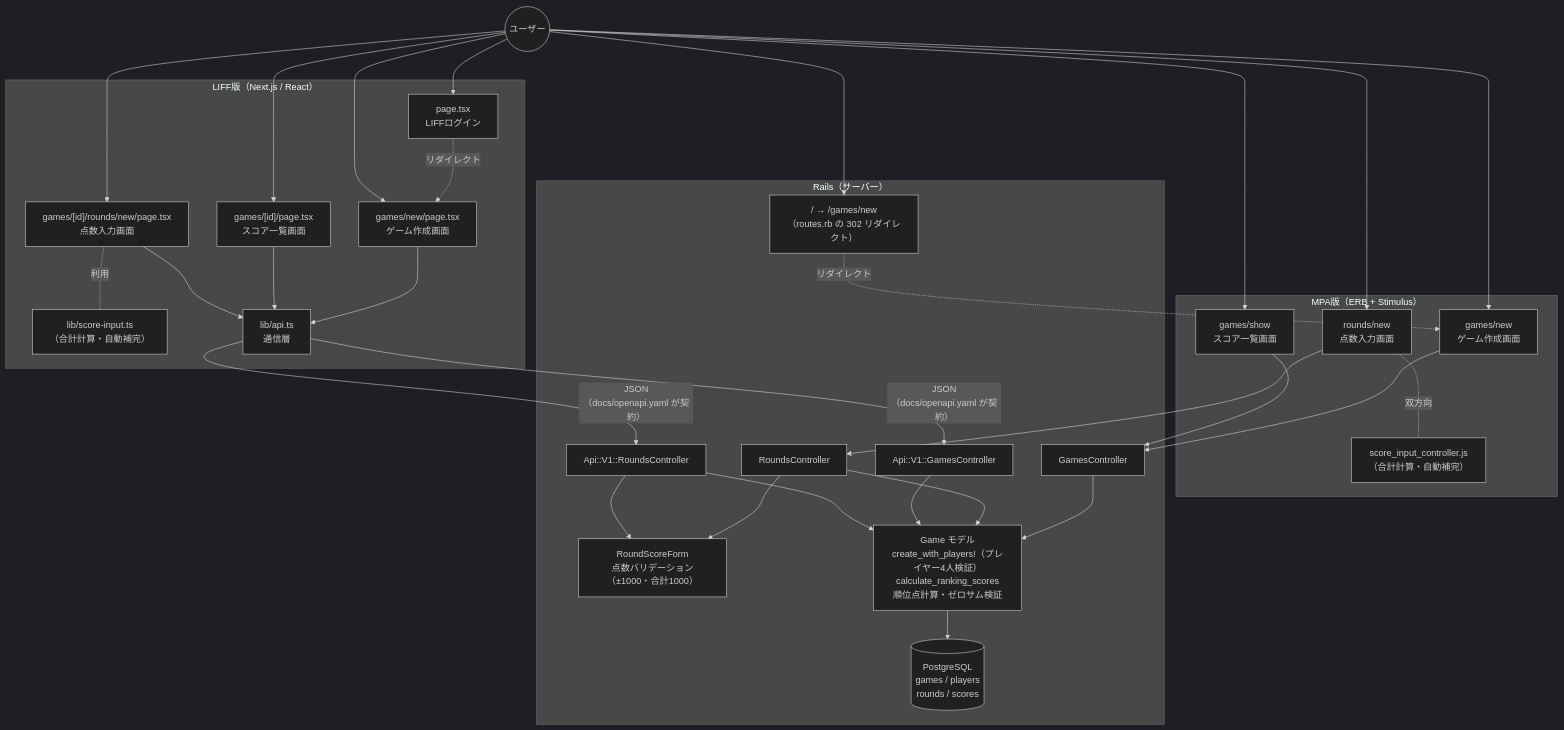
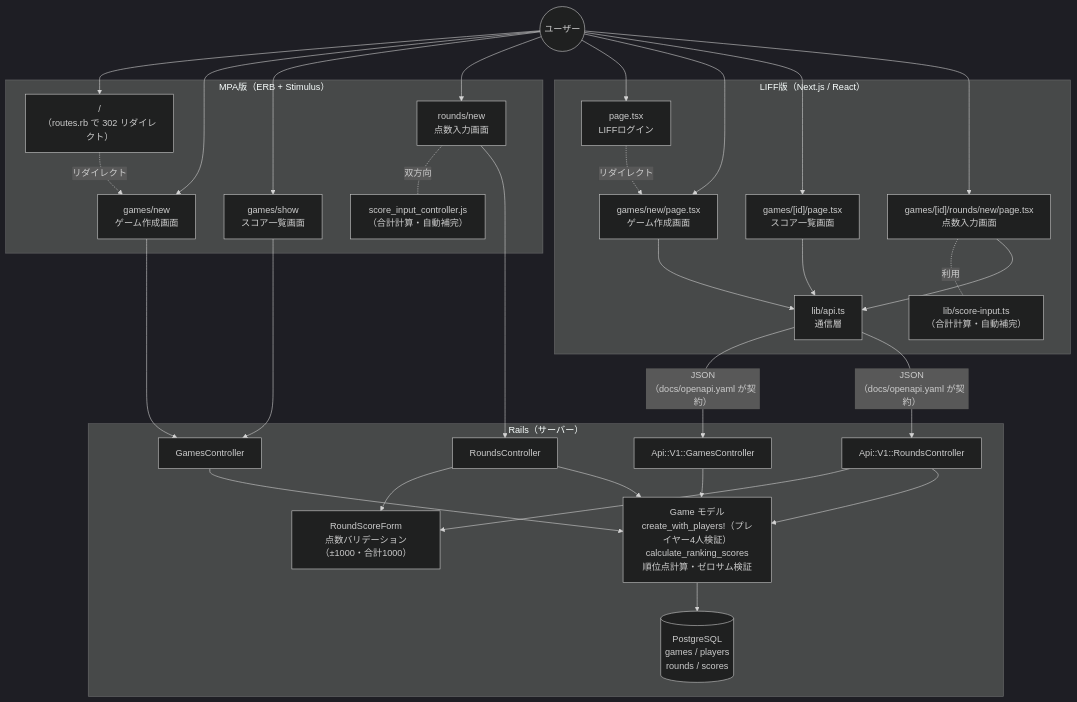
The first of 2 diagrams in docs/architecture.md (tsukamotohiroaki/mahjong_score), drawn with Mermaid (dark theme) before and after one commit.

Commit message:
docs: ユーザーからサーバー内部へ線が伸びる不整合を修正する
【現状】
`/` のノードを Rails（サーバー）のサブグラフに置いたまま
`ユーザー → /` の線を残していたため、この1本だけが
利用者からサーバー内部へ直接伸びる形になっていた。

他の MPA 画面はすべて MPA版のサブグラフにあり、
利用者はブラウザに面する側にしか接続していない。

【目的】
「利用者が触れるのは画面（URL）であり、コントローラーではない」
という関係を図の上でも一貫させる。

【変更内容】
- `/` のノードを Rails から MPA版のサブグラフへ移動
- リダイレクトの線を MPA版のサブグラフ内で完結させた
- 全エッジを見直し、利用者からサーバー内部へ伸びる線が
  ゼロであることを確認した

````diff
--- a/docs/architecture.md
+++ b/docs/architecture.md
@@ -21,47 +21,47 @@
 ```mermaid
 flowchart TB
     user(("ユーザー"))
 
     subgraph MPA["MPA版（ERB + Stimulus）"]
+        root["/<br>（routes.rb で 302 リダイレクト）"]
         gnew["games/new<br>ゲーム作成画面"]
         gshow["games/show<br>スコア一覧画面"]
         rnew["rounds/new<br>点数入力画面"]
         stim["score_input_controller.js<br>（合計計算・自動補完）"]
         rnew -.双方向.- stim
+        root -.リダイレクト.-> gnew
     end
 
     subgraph LIFF["LIFF版（Next.js / React）"]
         lpage["page.tsx<br>LIFFログイン"]
         lnew["games/new/page.tsx<br>ゲーム作成画面"]
         lshow["games/[id]/page.tsx<br>スコア一覧画面"]
         lrnew["games/[id]/rounds/new/page.tsx<br>点数入力画面"]
         sinput["lib/score-input.ts<br>（合計計算・自動補完）"]
         apits["lib/api.ts<br>通信層"]
         lrnew -.利用.- sinput
         lpage -.リダイレクト.-> lnew
         lnew & lshow & lrnew --> apits
     end
 
     subgraph Rails["Rails（サーバー）"]
-        root["/ → /games/new<br>（routes.rb の 302 リダイレクト）"]
         gc["GamesController"]
         rc["RoundsController"]
         agc["Api::V1::GamesController"]
         arc["Api::V1::RoundsController"]
         form["RoundScoreForm<br>点数バリデーション（±1000・合計1000）"]
         model["Game モデル<br>create_with_players!（プレイヤー4人検証）<br>calculate_ranking_scores<br>順位点計算・ゼロサム検証"]
         db[("PostgreSQL<br>games / players<br>rounds / scores")]
     end
 
     user --> root & gnew & gshow & rnew
     user --> lpage & lnew & lshow & lrnew
 
-    root -.リダイレクト.-> gnew
     gnew & gshow --> gc
     rnew --> rc
     apits -- "JSON<br>（docs/openapi.yaml が契約）" --> agc & arc
 
     rc & arc --> form
     gc & rc & agc & arc --> model
     model --> db
 ```
````
